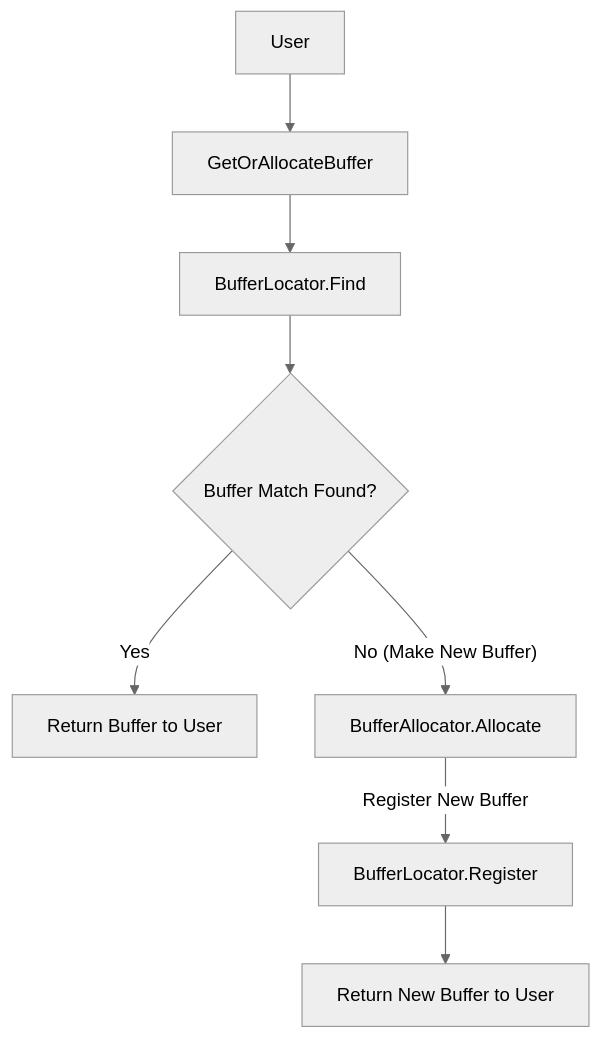
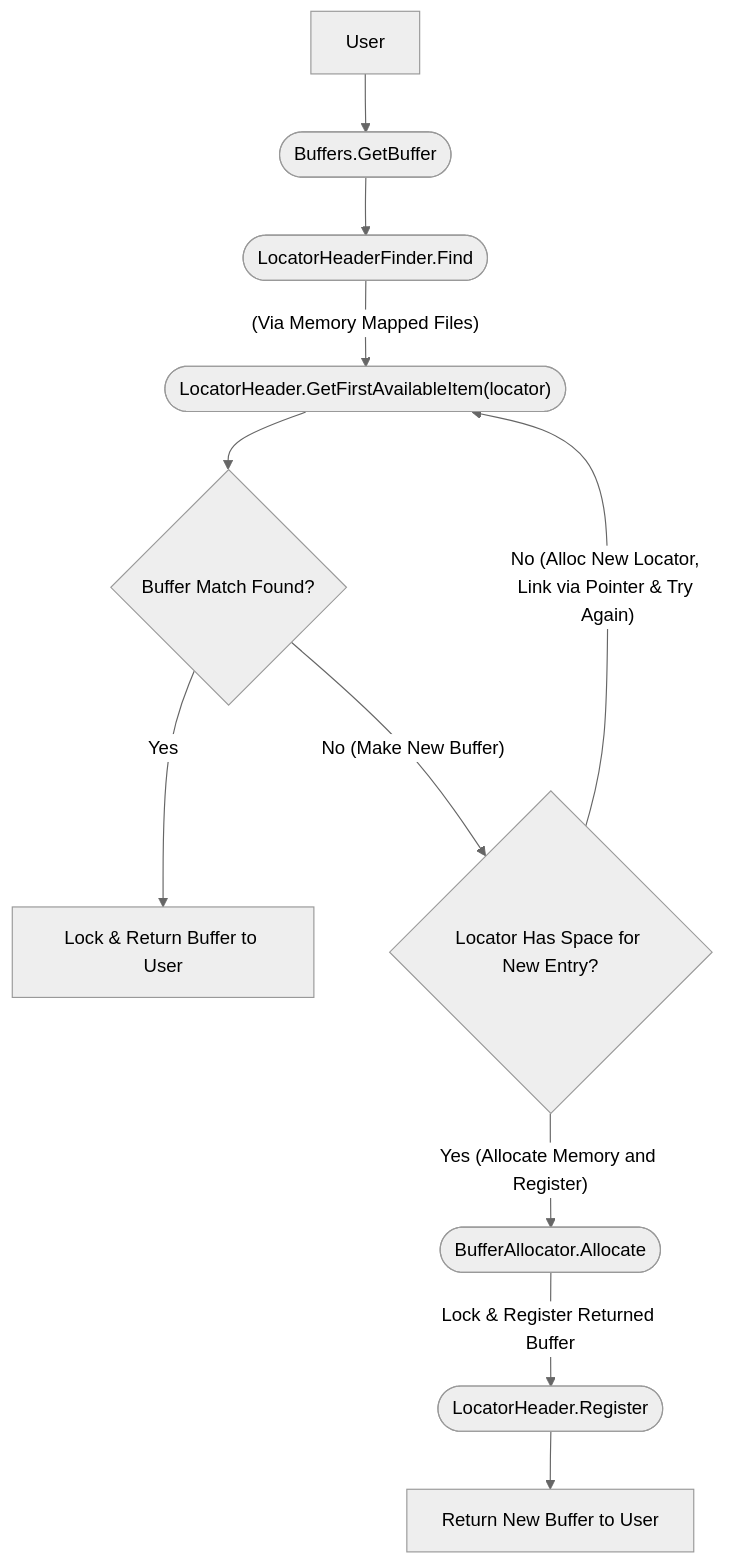
Before and after one commit to Reloaded-Project/Reloaded.Memory.Buffers: the diagram in docs/specification/overview.md, drawn with Mermaid (neutral theme). The commit also changed other lines of this file and 48 other files, not shown here.

````diff
--- a/docs/specification/overview.md
+++ b/docs/specification/overview.md
@@ -47,10 +47,13 @@
 ```mermaid
 flowchart TB
-  User["User"] --> GetOrAllocateBuffer
-  GetOrAllocateBuffer --> BufferLocatorFind["BufferLocator.Find"]
-  BufferLocatorFind --> BufferMatch{Buffer Match Found?}
-  BufferMatch -- Yes --> ReturnBufferToUser["Return Buffer to User"]
-  BufferMatch -- "No (Make New Buffer)" --> BufferAllocator["BufferAllocator.Allocate"]
-  BufferAllocator -- Register New Buffer --> BufferLocatorRegister["BufferLocator.Register"]
+  User["User"] --> GetOrAllocateBuffer(["Buffers.GetBuffer"])
+  GetOrAllocateBuffer --> BufferLocatorFind(["LocatorHeaderFinder.Find"])
+  BufferLocatorFind -- "(Via Memory Mapped Files)" --> GetAvailableItem(["LocatorHeader.GetFirstAvailableItem(locator)"])
+  GetAvailableItem --> BufferMatch{Buffer Match Found?}
+  BufferMatch -- Yes --> ReturnBufferToUser["Lock & Return Buffer to User"]
+  BufferMatch -- "No (Make New Buffer)" --> CanRegisterBuffer{Locator Has Space for New Entry?}
+  CanRegisterBuffer -- "No (Alloc New Locator, Link via Pointer & Try Again)" --> GetAvailableItem
+  CanRegisterBuffer -- "Yes (Allocate Memory and Register)" --> BufferAllocator(["BufferAllocator.Allocate"])
+  BufferAllocator -- "Lock & Register Returned Buffer" --> BufferLocatorRegister(["LocatorHeader.Register"])
   BufferLocatorRegister --> ReturnNewBufferToUser["Return New Buffer to User"]
 ```
````
